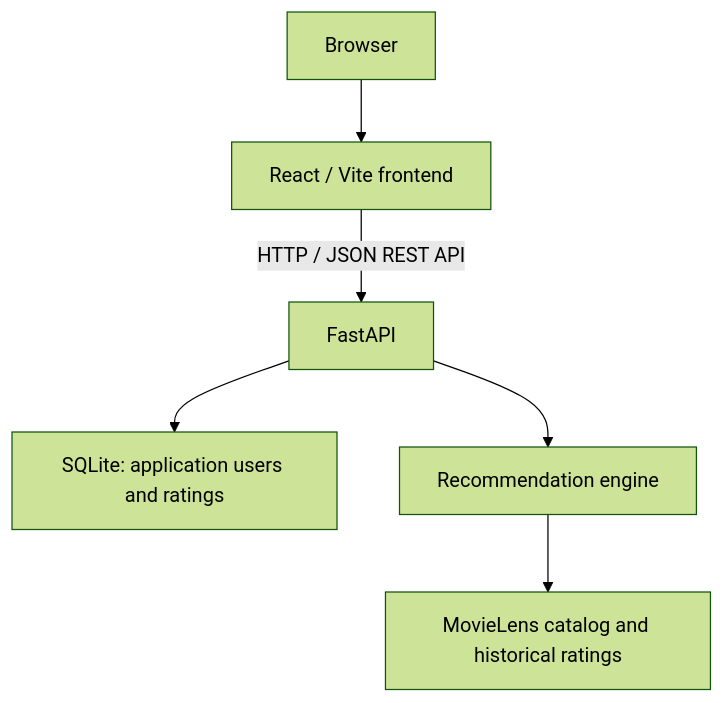
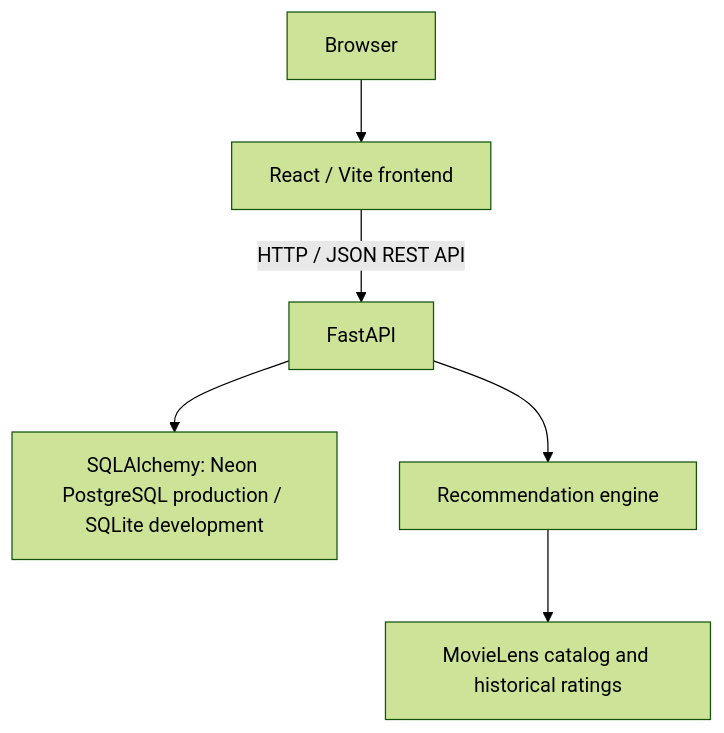
The diagram in README.md (aanxnd/movie-recommender), drawn with Mermaid (forest theme) before and after one commit. The commit also changed other lines of this file and 30 other files, not shown here.

````diff
--- a/README.md
+++ b/README.md
@@ -18,8 +103,8 @@
 ```mermaid
 flowchart TD
     Browser[Browser] --> Frontend[React / Vite frontend]
     Frontend -->|HTTP / JSON REST API| API[FastAPI]
-    API --> DB[SQLite: application users and ratings]
+    API --> DB[SQLAlchemy: Neon PostgreSQL production / SQLite development]
     API --> Engine[Recommendation engine]
     Engine --> Data[MovieLens catalog and historical ratings]
 ```
````
